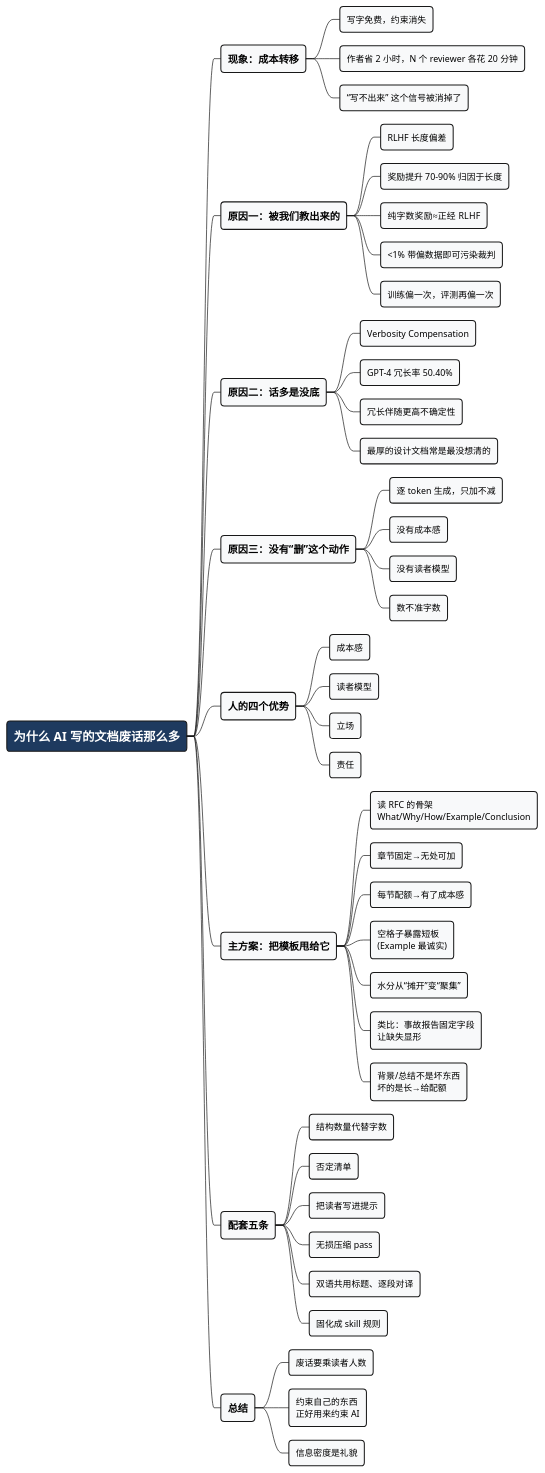
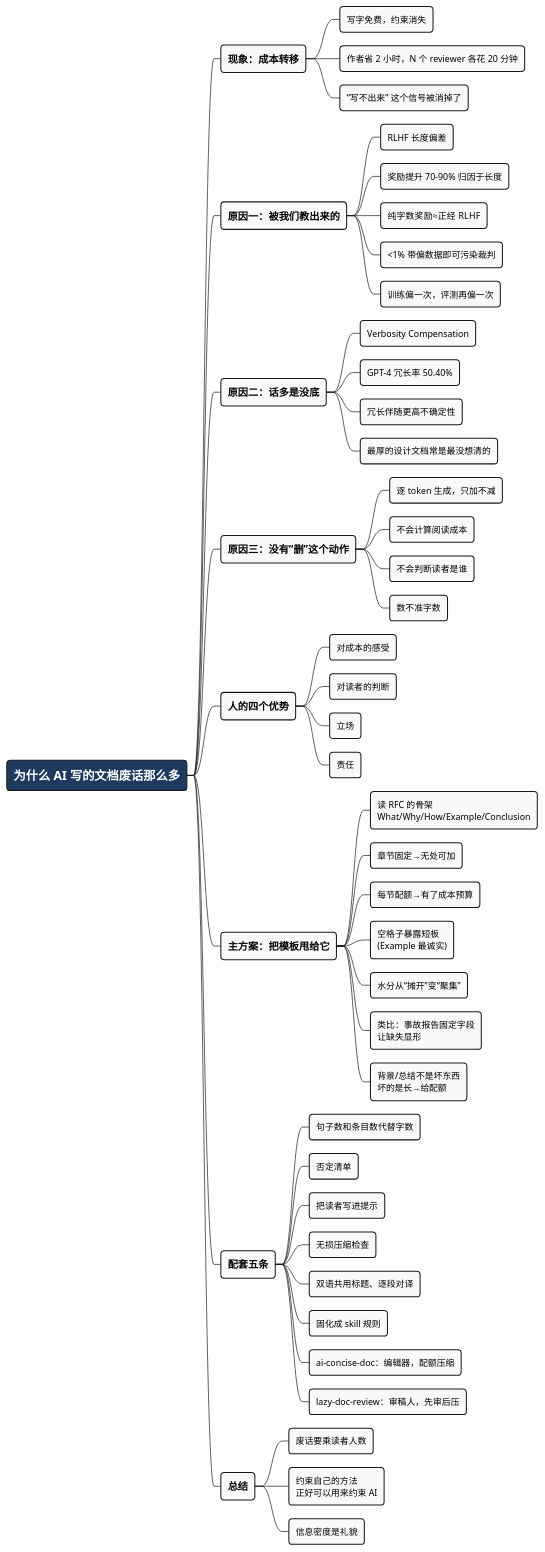
Before and after one commit to walterfan/walterfan.github.io: the diagram in images/journal_20260815_ai_verbose_doc_mindmap.puml, drawn with PlantUML. The commit also changed 186 other files, not shown here.

```diff
--- a/images/journal_20260815_ai_verbose_doc_mindmap.puml
+++ b/images/journal_20260815_ai_verbose_doc_mindmap.puml
@@ -1,71 +1,73 @@
 @startmindmap
 <style>
 mindmapDiagram {
   node {
     BackgroundColor #F8F9FA
     RoundCorner 10
     Padding 10
     FontSize 13
   }
   :depth(0) {
     BackgroundColor #1E3A5F
     FontColor white
     FontSize 18
     FontStyle bold
   }
   :depth(1) {
     FontSize 15
     FontStyle bold
   }
   :depth(2) {
     FontSize 13
   }
 }
 </style>
 
 * 为什么 AI 写的文档废话那么多
 ** 现象：成本转移
 *** 写字免费，约束消失
 *** 作者省 2 小时，N 个 reviewer 各花 20 分钟
 *** “写不出来” 这个信号被消掉了
 ** 原因一：被我们教出来的
 *** RLHF 长度偏差
 *** 奖励提升 70-90% 归因于长度
 *** 纯字数奖励≈正经 RLHF
 *** <1% 带偏数据即可污染裁判
 *** 训练偏一次，评测再偏一次
 ** 原因二：话多是没底
 *** Verbosity Compensation
 *** GPT-4 冗长率 50.40%
 *** 冗长伴随更高不确定性
 *** 最厚的设计文档常是最没想清的
 ** 原因三：没有“删”这个动作
 *** 逐 token 生成，只加不减
-*** 没有成本感
-*** 没有读者模型
+*** 不会计算阅读成本
+*** 不会判断读者是谁
 *** 数不准字数
 ** 人的四个优势
-*** 成本感
-*** 读者模型
+*** 对成本的感受
+*** 对读者的判断
 *** 立场
 *** 责任
 ** 主方案：把模板甩给它
 *** 读 RFC 的骨架\nWhat/Why/How/Example/Conclusion
 *** 章节固定→无处可加
-*** 每节配额→有了成本感
+*** 每节配额→有了成本预算
 *** 空格子暴露短板\n(Example 最诚实)
 *** 水分从“摊开”变“聚集”
 *** 类比：事故报告固定字段\n让缺失显形
 *** 背景/总结不是坏东西\n坏的是长→给配额
 ** 配套五条
-*** 结构数量代替字数
+*** 句子数和条目数代替字数
 *** 否定清单
 *** 把读者写进提示
-*** 无损压缩 pass
+*** 无损压缩检查
 *** 双语共用标题、逐段对译
 *** 固化成 skill 规则
+*** ai-concise-doc：编辑器，配额压缩
+*** lazy-doc-review：审稿人，先审后压
 ** 总结
 *** 废话要乘读者人数
-*** 约束自己的东西\n正好用来约束 AI
+*** 约束自己的方法\n正好可以用来约束 AI
 *** 信息密度是礼貌
 @endmindmap
```
